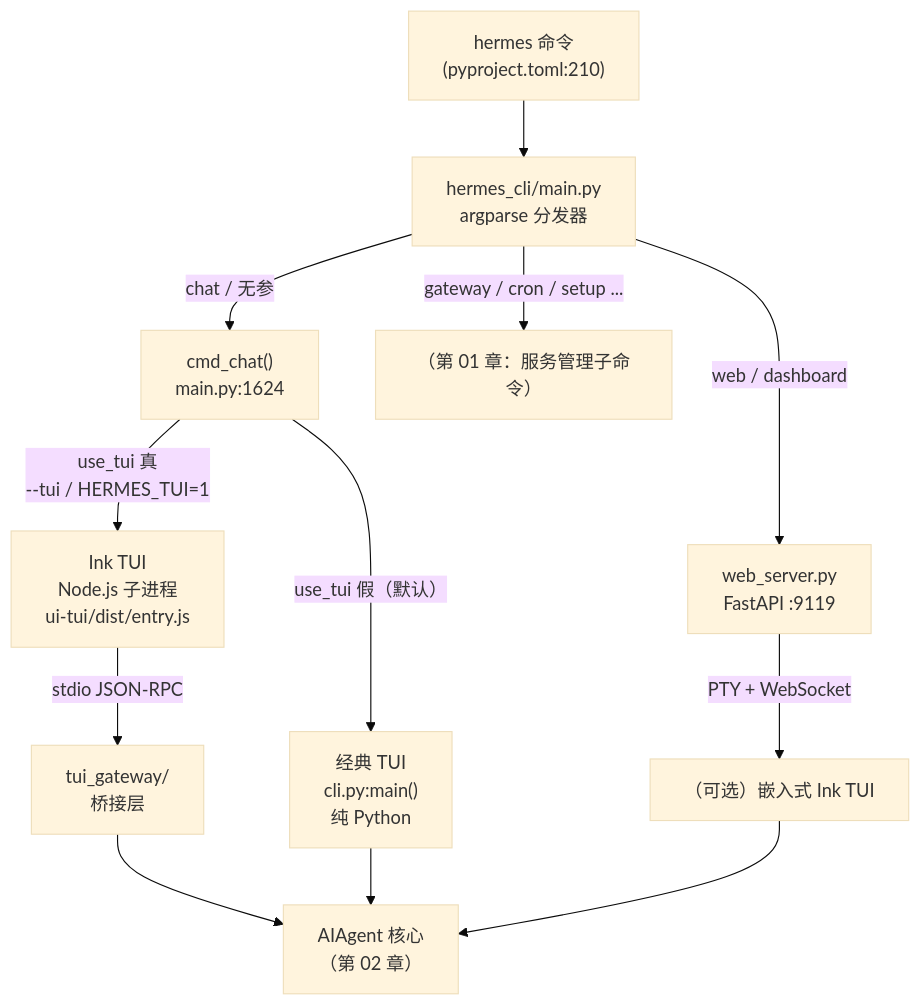
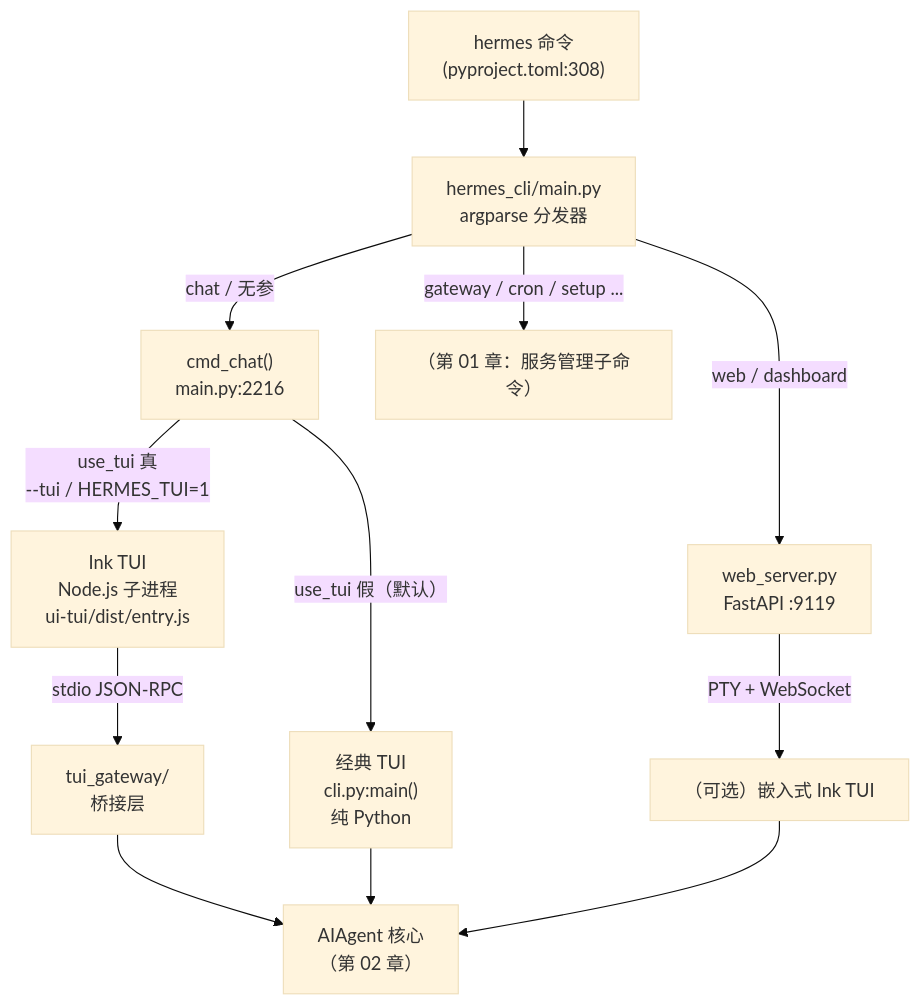
The first of 6 diagrams in docs/zh/10-交互界面与运行模式.md (fang-lin/hermes-agent-code-analysis), drawn with Mermaid (base theme) before and after one commit. The commit also changed other lines of this file and 1 other file, not shown here.

````diff
--- a/docs/zh/10-交互界面与运行模式.md
+++ b/docs/zh/10-交互界面与运行模式.md
@@ -172,16 +172,16 @@
 ```mermaid
 flowchart TD
-    H["hermes 命令<br/>(pyproject.toml:210)"] --> M["hermes_cli/main.py<br/>argparse 分发器"]
-    M -->|"chat / 无参"| CC["cmd_chat()<br/>main.py:1624"]
+    H["hermes 命令<br/>(pyproject.toml:308)"] --> M["hermes_cli/main.py<br/>argparse 分发器"]
+    M -->|"chat / 无参"| CC["cmd_chat()<br/>main.py:2216"]
     M -->|"web / dashboard"| WEB["web_server.py<br/>FastAPI :9119"]
     M -->|"gateway / cron / setup ..."| OTHER["（第 01 章：服务管理子命令）"]
 
     CC -->|"use_tui 真<br/>--tui / HERMES_TUI=1"| INK["Ink TUI<br/>Node.js 子进程<br/>ui-tui/dist/entry.js"]
     CC -->|"use_tui 假（默认）"| CLASSIC["经典 TUI<br/>cli.py:main()<br/>纯 Python"]
 
     INK -->|"stdio JSON-RPC"| TGW["tui_gateway/<br/>桥接层"]
     WEB -->|"PTY + WebSocket"| INK2["（可选）嵌入式 Ink TUI"]
     TGW --> AG["AIAgent 核心<br/>（第 02 章）"]
     CLASSIC --> AG
     INK2 --> AG
 ```
````
